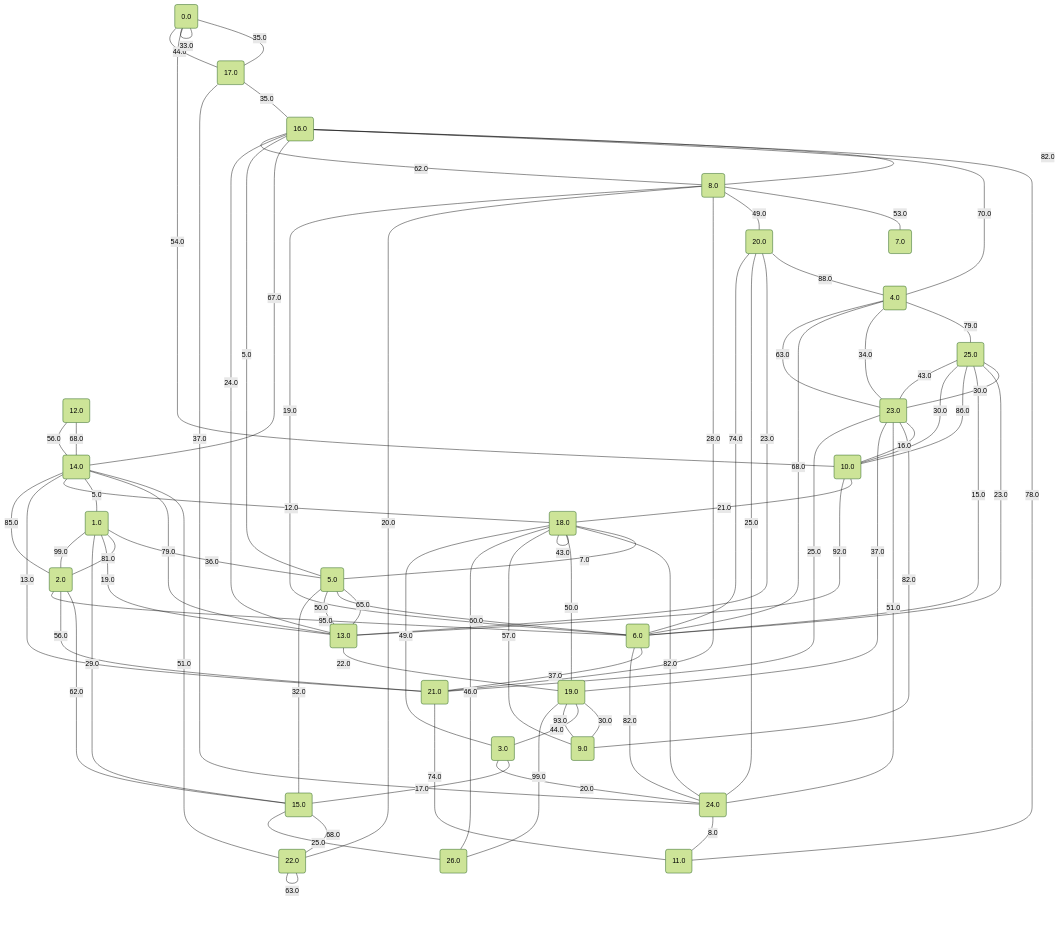
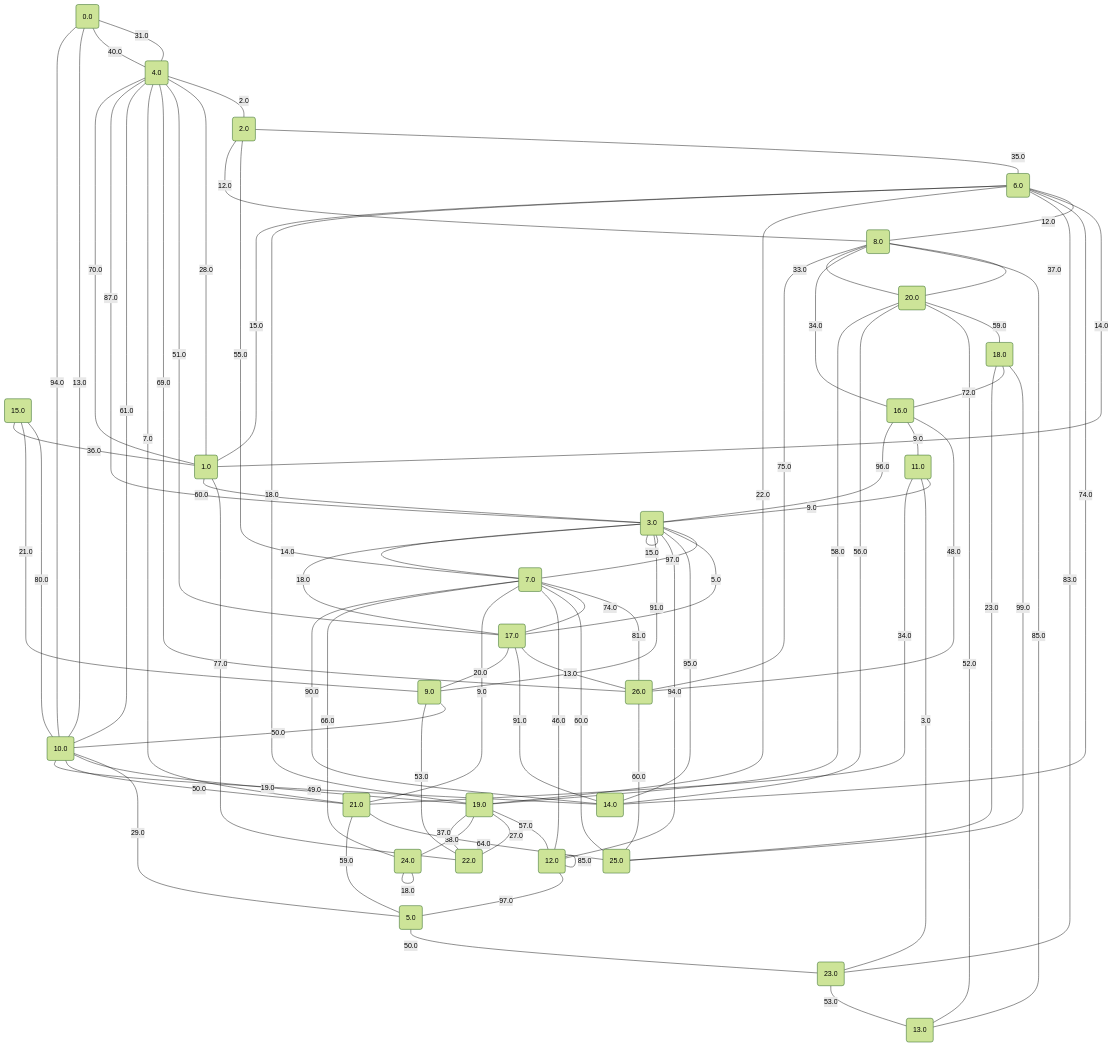
The diagram in project/src/testing/graphs/22.md (metury/graphs), drawn with Mermaid (forest theme) before and after one commit. The commit also changed 33 other files, not shown here.

````diff
--- a/project/src/testing/graphs/22.md
+++ b/project/src/testing/graphs/22.md
@@ -27,85 +27,85 @@
 	24("24.0");
 	25("25.0");
 	26("26.0");
-	25 -- "30.0" --- 23;
-	1 -- "36.0" --- 5;
-	10 -- "86.0" --- 25;
-	6 -- "37.0" --- 21;
-	10 -- "54.0" --- 0;
-	14 -- "51.0" --- 22;
-	19 -- "50.0" --- 18;
-	23 -- "16.0" --- 10;
-	23 -- "82.0" --- 9;
-	17 -- "35.0" --- 16;
-	14 -- "79.0" --- 13;
-	20 -- "88.0" --- 4;
-	6 -- "19.0" --- 8;
-	0 -- "35.0" --- 17;
-	10 -- "21.0" --- 18;
-	14 -- "5.0" --- 1;
-	1 -- "81.0" --- 2;
-	17 -- "44.0" --- 0;
-	19 -- "30.0" --- 9;
-	15 -- "32.0" --- 5;
-	0 -- "49.0" --- 0;
-	20 -- "23.0" --- 13;
-	2 -- "62.0" --- 15;
-	26 -- "99.0" --- 19;
-	17 -- "37.0" --- 24;
-	2 -- "56.0" --- 21;
-	9 -- "93.0" --- 19;
-	3 -- "17.0" --- 15;
-	9 -- "57.0" --- 18;
-	18 -- "7.0" --- 5;
-	8 -- "53.0" --- 7;
-	16 -- "82.0" --- 8;
-	22 -- "63.0" --- 22;
-	25 -- "23.0" --- 6;
-	14 -- "12.0" --- 18;
-	24 -- "25.0" --- 20;
-	1 -- "19.0" --- 13;
-	10 -- "92.0" --- 13;
-	3 -- "20.0" --- 24;
-	2 -- "95.0" --- 6;
-	5 -- "5.0" --- 16;
-	23 -- "51.0" --- 24;
-	15 -- "68.0" --- 22;
-	5 -- "65.0" --- 13;
-	24 -- "8.0" --- 11;
-	16 -- "78.0" --- 11;
-	23 -- "43.0" --- 25;
-	6 -- "74.0" --- 20;
-	13 -- "50.0" --- 5;
-	18 -- "43.0" --- 18;
-	3 -- "49.0" --- 18;
-	16 -- "70.0" --- 4;
-	13 -- "22.0" --- 19;
-	0 -- "33.0" --- 0;
-	6 -- "82.0" --- 24;
-	23 -- "63.0" --- 4;
-	26 -- "46.0" --- 18;
-	8 -- "49.0" --- 20;
-	8 -- "28.0" --- 21;
-	14 -- "13.0" --- 21;
-	21 -- "74.0" --- 11;
-	2 -- "99.0" --- 1;
-	4 -- "79.0" --- 25;
-	18 -- "82.0" --- 24;
-	15 -- "25.0" --- 26;
-	1 -- "29.0" --- 15;
-	5 -- "60.0" --- 6;
-	8 -- "20.0" --- 22;
-	12 -- "68.0" --- 14;
-	10 -- "30.0" --- 25;
-	13 -- "24.0" --- 16;
-	8 -- "62.0" --- 16;
-	12 -- "56.0" --- 14;
-	19 -- "44.0" --- 3;
-	25 -- "15.0" --- 6;
-	16 -- "67.0" --- 14;
-	14 -- "85.0" --- 2;
-	6 -- "68.0" --- 4;
-	21 -- "25.0" --- 23;
-	4 -- "34.0" --- 23;
-	19 -- "37.0" --- 23;
+	24 -- "18.0" --- 24;
+	19 -- "22.0" --- 6;
+	3 -- "15.0" --- 3;
+	4 -- "40.0" --- 0;
+	19 -- "18.0" --- 6;
+	19 -- "57.0" --- 12;
+	15 -- "80.0" --- 10;
+	2 -- "35.0" --- 6;
+	20 -- "59.0" --- 18;
+	14 -- "95.0" --- 3;
+	16 -- "48.0" --- 26;
+	7 -- "81.0" --- 26;
+	8 -- "37.0" --- 20;
+	16 -- "9.0" --- 11;
+	7 -- "74.0" --- 17;
+	10 -- "29.0" --- 5;
+	14 -- "56.0" --- 20;
+	12 -- "85.0" --- 12;
+	10 -- "19.0" --- 19;
+	8 -- "85.0" --- 13;
+	10 -- "13.0" --- 0;
+	21 -- "64.0" --- 25;
+	4 -- "2.0" --- 2;
+	9 -- "50.0" --- 10;
+	17 -- "13.0" --- 26;
+	3 -- "97.0" --- 7;
+	7 -- "60.0" --- 25;
+	0 -- "31.0" --- 4;
+	19 -- "27.0" --- 22;
+	7 -- "46.0" --- 12;
+	10 -- "94.0" --- 0;
+	23 -- "83.0" --- 6;
+	7 -- "9.0" --- 21;
+	4 -- "28.0" --- 1;
+	1 -- "77.0" --- 22;
+	5 -- "50.0" --- 23;
+	21 -- "7.0" --- 4;
+	10 -- "50.0" --- 21;
+	1 -- "70.0" --- 4;
+	4 -- "51.0" --- 17;
+	12 -- "97.0" --- 5;
+	17 -- "91.0" --- 14;
+	15 -- "21.0" --- 9;
+	21 -- "59.0" --- 5;
+	12 -- "94.0" --- 3;
+	7 -- "14.0" --- 3;
+	6 -- "12.0" --- 8;
+	14 -- "90.0" --- 7;
+	3 -- "5.0" --- 17;
+	6 -- "14.0" --- 1;
+	9 -- "53.0" --- 22;
+	18 -- "99.0" --- 25;
+	26 -- "60.0" --- 25;
+	19 -- "58.0" --- 20;
+	8 -- "12.0" --- 2;
+	9 -- "91.0" --- 3;
+	17 -- "20.0" --- 9;
+	10 -- "61.0" --- 4;
+	17 -- "18.0" --- 3;
+	7 -- "55.0" --- 2;
+	4 -- "69.0" --- 26;
+	7 -- "66.0" --- 24;
+	10 -- "49.0" --- 14;
+	8 -- "34.0" --- 16;
+	3 -- "87.0" --- 4;
+	18 -- "72.0" --- 16;
+	23 -- "53.0" --- 13;
+	21 -- "34.0" --- 11;
+	6 -- "74.0" --- 14;
+	3 -- "96.0" --- 16;
+	8 -- "33.0" --- 20;
+	23 -- "3.0" --- 11;
+	20 -- "52.0" --- 13;
+	26 -- "75.0" --- 8;
+	11 -- "9.0" --- 3;
+	1 -- "15.0" --- 6;
+	15 -- "36.0" --- 1;
+	1 -- "60.0" --- 3;
+	19 -- "38.0" --- 24;
+	22 -- "37.0" --- 19;
+	25 -- "23.0" --- 18;
 ```
````
